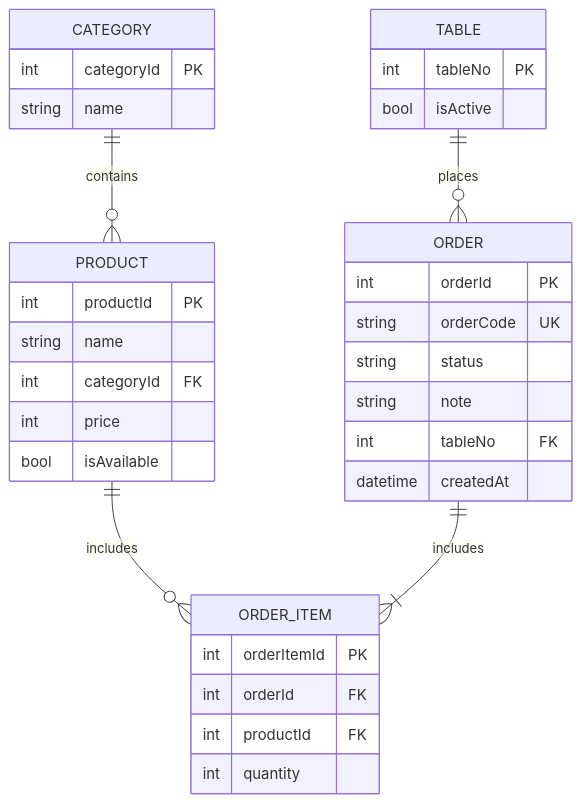
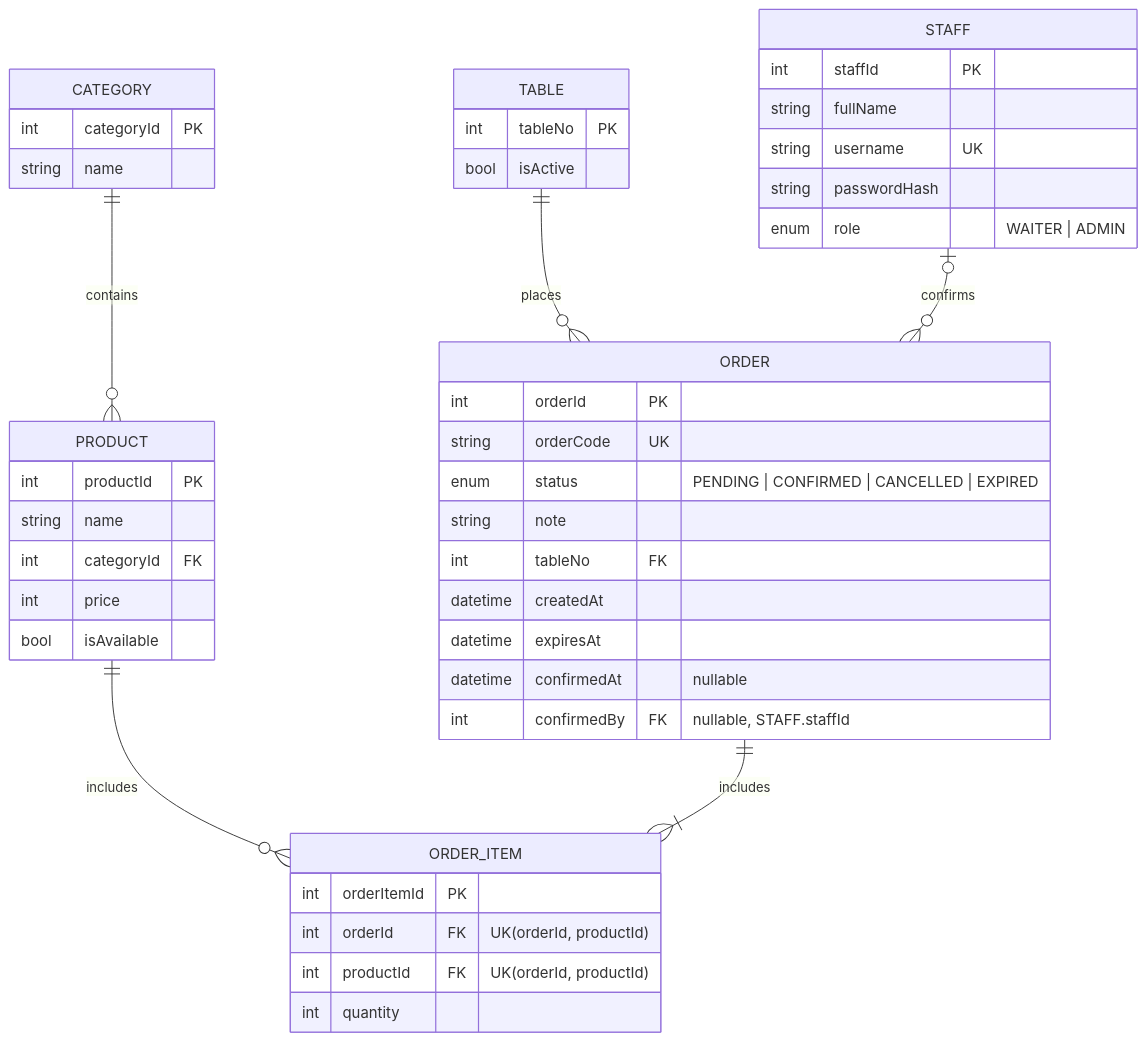
One commit to AEVYEN/QR_Restaurant_Automation_App changed the diagram in docs/adr/001-database.md. Above: the diagram before and after it, drawn with Mermaid. The commit also changed other lines of this file and 2 other files, not shown here.

Commit message:
docs: refine ER model in ADR-001 and update roadmap
- Add STAFF entity (username-based login) and confirmedBy FK on ORDER
- Use composite unique (orderId, productId) on ORDER_ITEM
- Fix expiresAt type, document status values and nullable fields
- Drop price snapshot (unitPrice/totalAmount) from roadmap entities
- Remove outdated ER diagram SVG
- Mark Phase 0 setup tasks as done

````diff
--- a/docs/adr/001-database.md
+++ b/docs/adr/001-database.md
@@ -20,43 +21,53 @@
 ```mermaid
 erDiagram
     CATEGORY ||--o{ PRODUCT : contains
     PRODUCT  ||--o{ ORDER_ITEM : includes
     TABLE    ||--o{ ORDER : places
     ORDER    ||--|{ ORDER_ITEM : includes
+    STAFF    |o--o{ ORDER : confirms
 
     CATEGORY {
         int categoryId PK
         string name
     }
 
     PRODUCT {
         int productId PK
         string name
         int categoryId FK
         int   price
         bool   isAvailable
     }
 
     TABLE {
         int tableNo PK
         bool isActive
     }
 
     ORDER {
         int orderId PK
         string orderCode UK
-        string status
+        enum status "PENDING | CONFIRMED | CANCELLED | EXPIRED"
         string note
         int tableNo FK
         datetime createdAt
+        datetime expiresAt
+        datetime confirmedAt "nullable"
+        int confirmedBy FK "nullable, STAFF.staffId"
     }
 
     ORDER_ITEM {
         int orderItemId PK
-        int orderId FK
-        int productId FK
+        int orderId FK "UK(orderId, productId)"
+        int productId FK "UK(orderId, productId)"
         int quantity
     }
 
-
+    STAFF {
+        int staffId PK
+        string fullName
+        string username UK
+        string passwordHash
+        enum role "WAITER | ADMIN"
+    }
 ```
````
